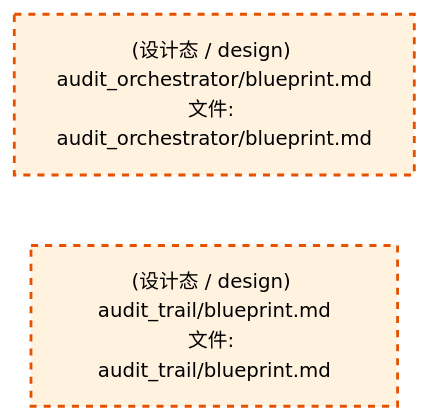
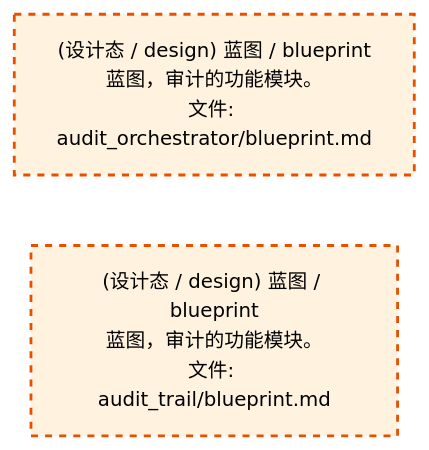
One commit to xuanFelixVan/ZephyrAlpha changed the third of 4 diagrams in docs/02_enterprise_architecture/02_domain_architecture_docs/50_d_gov_audit.md. Above: the diagram before and after it, drawn with Mermaid. The commit also changed other lines of this file and 60 other files, not shown here.

````diff
--- a/docs/02_enterprise_architecture/02_domain_architecture_docs/50_d_gov_audit.md
+++ b/docs/02_enterprise_architecture/02_domain_architecture_docs/50_d_gov_audit.md
@@ -804,12 +804,12 @@
 ```mermaid
 %%{init: {'theme': 'base', 'themeVariables': {'primaryColor': '#eaeaea', 'primaryTextColor': '#333333', 'primaryBorderColor': '#666666', 'lineColor': '#666666', 'secondaryColor': '#eaeaea', 'tertiaryColor': '#eaeaea', 'fontSize': '14px'}}}%%
 flowchart TD
-    docs_03_modules_cross_layer_audit_orchestrator_blueprint_md["(设计态 / design) audit_orchestrator/blueprint.md<br/>文件: audit_orchestrator/blueprint.md"]
-    docs_03_modules_domain_governance_audit_trail_blueprint_md["(设计态 / design) audit_trail/blueprint.md<br/>文件: audit_trail/blueprint.md"]
+    docs_03_modules_cross_layer_audit_orchestrator_blueprint_md["(设计态 / design) 蓝图 / blueprint<br/>蓝图，审计的功能模块。<br/>文件: audit_orchestrator/blueprint.md"]
+    docs_03_modules_domain_governance_audit_trail_blueprint_md["(设计态 / design) 蓝图 / blueprint<br/>蓝图，审计的功能模块。<br/>文件: audit_trail/blueprint.md"]
     docs_03_modules_cross_layer_audit_orchestrator_blueprint_md ~~~ docs_03_modules_domain_governance_audit_trail_blueprint_md
     classDef production fill:#e1f5fe,stroke:#01579b,stroke-width:2px,color:#000
     classDef design fill:#fff3e0,stroke:#e65100,stroke-width:2px,color:#000,stroke-dasharray: 5 5
     classDef external_prod fill:#e8f4fd,stroke:#0277bd,stroke-width:1px,color:#000
     classDef external_design fill:#fff8e7,stroke:#ef6c00,stroke-width:1px,color:#000,stroke-dasharray: 5 5
     class docs_03_modules_cross_layer_audit_orchestrator_blueprint_md,docs_03_modules_domain_governance_audit_trail_blueprint_md design
 ```
````
